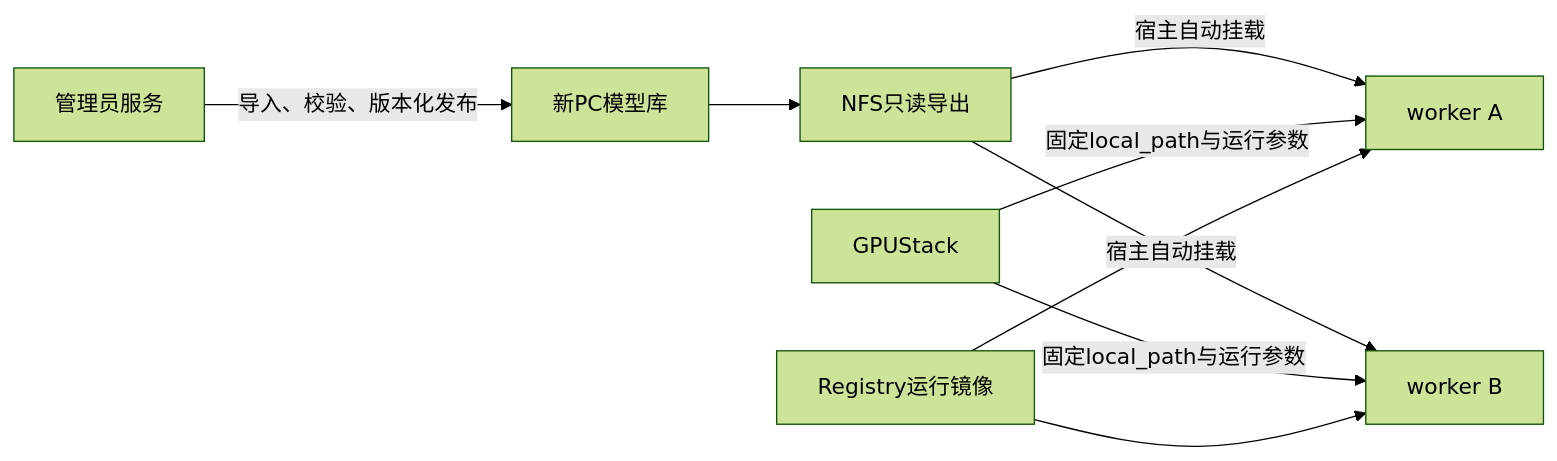
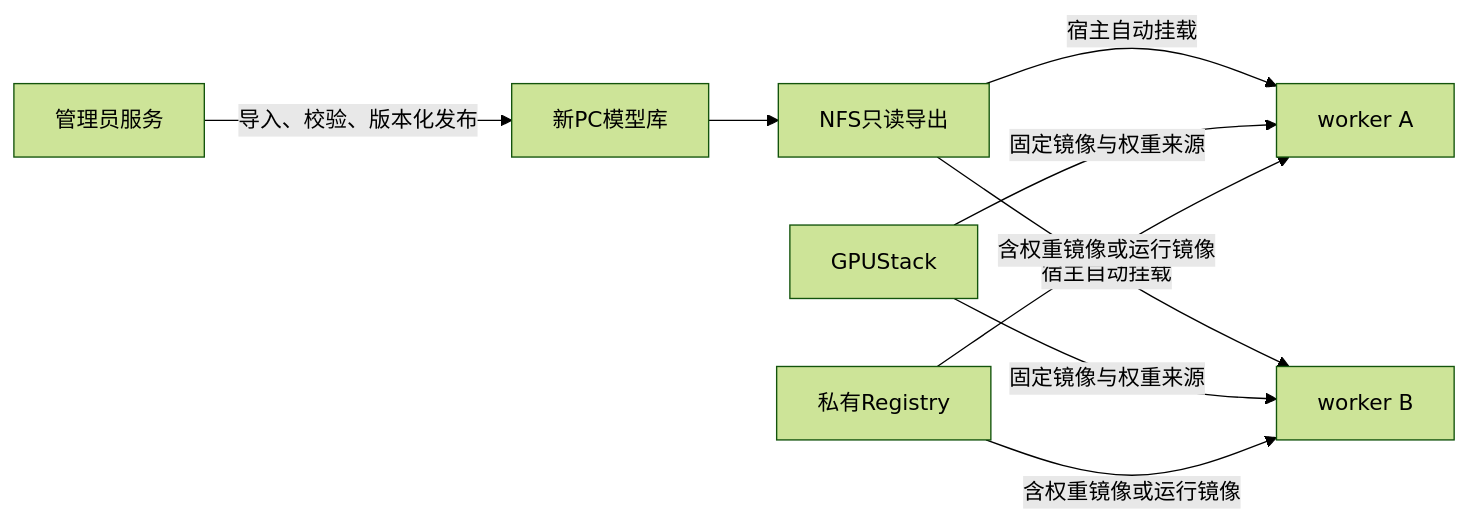
One commit to WTaoGitHub/cybercafe-maas changed the diagram in docs/framework/MODEL-WEIGHTS-NFS.md. Above: the diagram before and after it, drawn with Mermaid (forest theme). The commit also changed other lines of this file and 4 other files, not shown here.

````diff
--- a/docs/framework/MODEL-WEIGHTS-NFS.md
+++ b/docs/framework/MODEL-WEIGHTS-NFS.md
@@ -13,11 +13,11 @@
 ```mermaid
 flowchart LR
   A[管理员服务] -->|导入、校验、版本化发布| S[新PC模型库]
   S --> N[NFS只读导出]
   N -->|宿主自动挂载| W1[worker A]
   N -->|宿主自动挂载| W2[worker B]
-  G[GPUStack] -->|固定local_path与运行参数| W1
-  G -->|固定local_path与运行参数| W2
-  R[Registry运行镜像] --> W1
-  R --> W2
+  G[GPUStack] -->|固定镜像与权重来源| W1
+  G -->|固定镜像与权重来源| W2
+  R[私有Registry] -->|含权重镜像或运行镜像| W1
+  R -->|含权重镜像或运行镜像| W2
 ```
````
